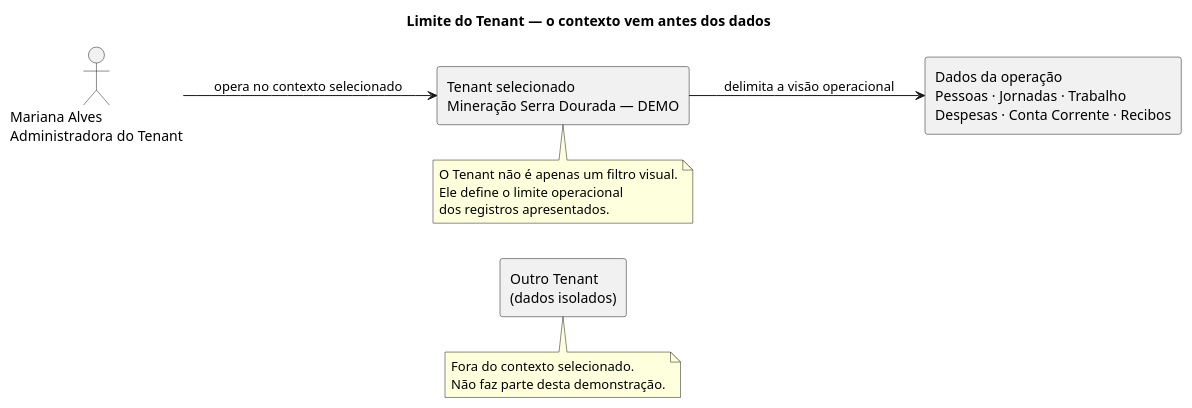
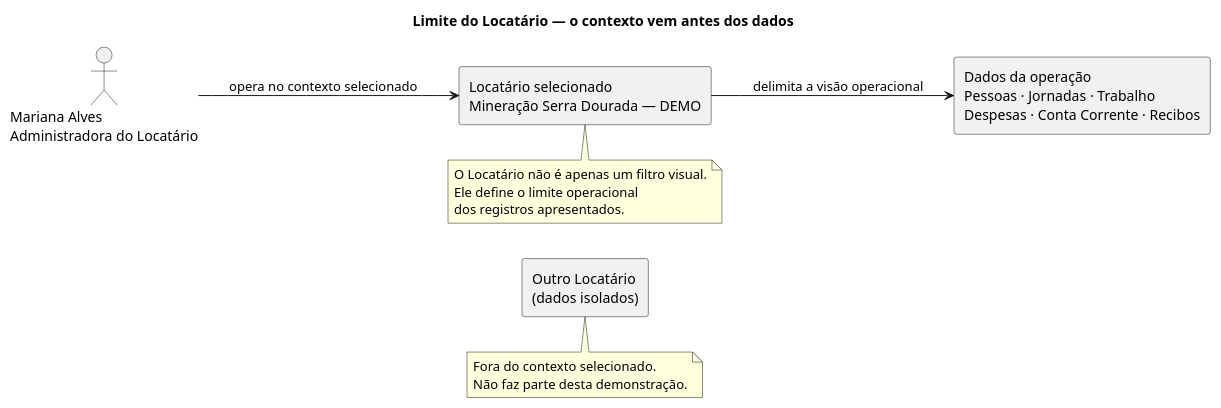
The diagram in docs/uml/demo/01-limite-do-tenant.puml (RodrigoMattosoSilveira/EnterpriseRemoteSystems), drawn with PlantUML before and after one commit. The commit also changed 11 other files, not shown here.

```diff
--- a/docs/uml/demo/01-limite-do-tenant.puml
+++ b/docs/uml/demo/01-limite-do-tenant.puml
@@ -1,27 +1,27 @@
 @startuml
-title Limite do Tenant — o contexto vem antes dos dados
+title Limite do Locatário — o contexto vem antes dos dados
 
 left to right direction
 
-actor "Mariana Alves\nAdministradora do Tenant" as Mariana
+actor "Mariana Alves\nAdministradora do Locatário" as Mariana
 
-rectangle "Tenant selecionado\nMineração Serra Dourada — DEMO" as Tenant
+rectangle "Locatário selecionado\nMineração Serra Dourada — DEMO" as Locatário
 rectangle "Dados da operação\nPessoas · Jornadas · Trabalho\nDespesas · Conta Corrente · Recibos" as Dados
-rectangle "Outro Tenant\n(dados isolados)" as OutroTenant
+rectangle "Outro Locatário\n(dados isolados)" as OutroLocatário
 
-Mariana --> Tenant : opera no contexto selecionado
-Tenant --> Dados : delimita a visão operacional
-Tenant -[hidden]right-> OutroTenant
+Mariana --> Locatário : opera no contexto selecionado
+Locatário --> Dados : delimita a visão operacional
+Locatário -[hidden]right-> OutroLocatário
 
-note bottom of Tenant
-O Tenant não é apenas um filtro visual.
+note bottom of Locatário
+O Locatário não é apenas um filtro visual.
 Ele define o limite operacional
 dos registros apresentados.
 end note
 
-note bottom of OutroTenant
+note bottom of OutroLocatário
 Fora do contexto selecionado.
 Não faz parte desta demonstração.
 end note
 
 @enduml
```
